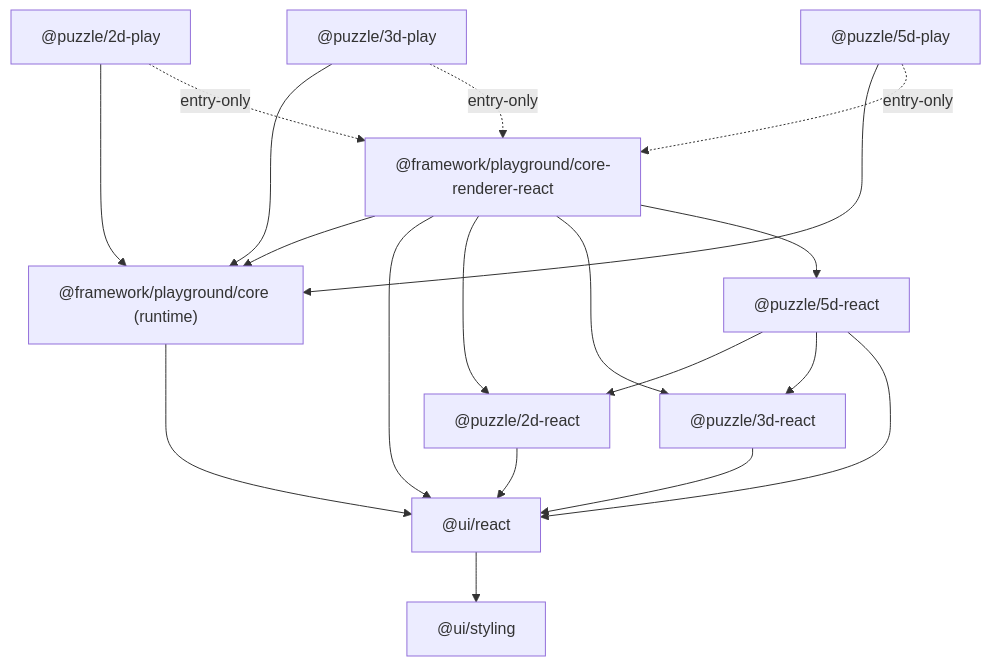
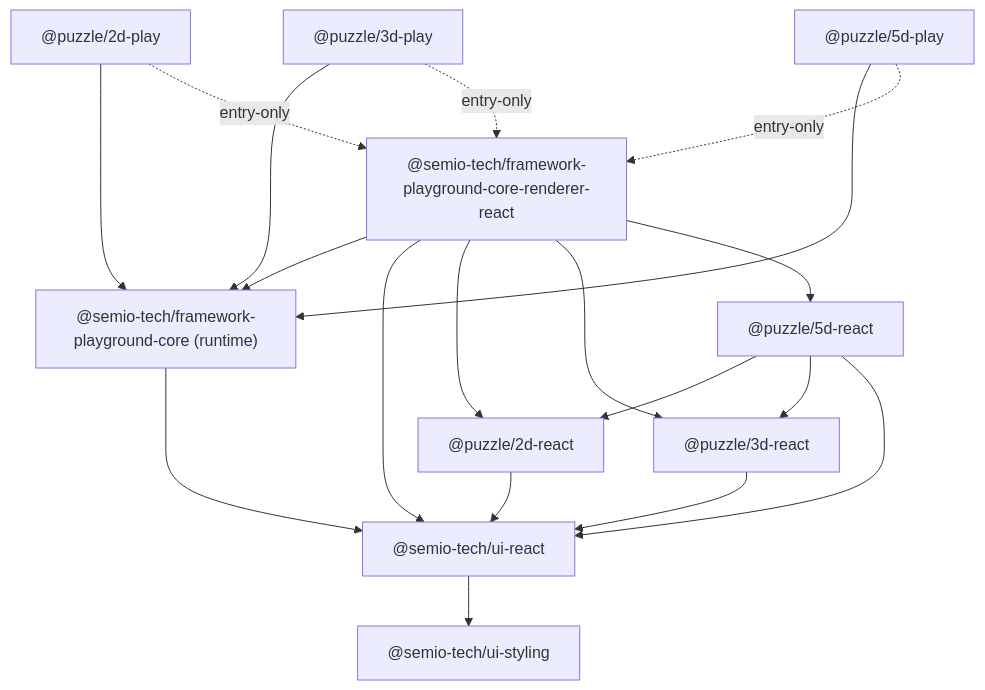
One commit to usalu/semio changed the diagram in .cursor/plans/puzzle_playground_relayer_5d67554e.plan.md. Above: the diagram before and after it, drawn with Mermaid. The commit also changed other lines of this file and 1282 other files, not shown here.

````diff
--- a/.cursor/plans/puzzle_playground_relayer_5d67554e.plan.md
+++ b/.cursor/plans/puzzle_playground_relayer_5d67554e.plan.md
@@ -36,32 +36,32 @@
 ```mermaid
 flowchart TB
-  styling["@ui/styling"]
-  uireact["@ui/react"]
-  pg["@framework/playground/core (runtime)"]
-  pgr["@framework/playground/core-renderer-react"]
+  styling["@semio-tech/ui-styling"]
+  uireact["@semio-tech/ui-react"]
+  pg["@semio-tech/framework-playground-core (runtime)"]
+  pgr["@semio-tech/framework-playground-core-renderer-react"]
   r2["@puzzle/2d-react"]
   r3["@puzzle/3d-react"]
   r5["@puzzle/5d-react"]
   p2["@puzzle/2d-play"]
   p3["@puzzle/3d-play"]
   p5["@puzzle/5d-play"]
 
   uireact --> styling
   r2 --> uireact
   r3 --> uireact
   r5 --> r2
   r5 --> r3
   r5 --> uireact
   pg --> uireact
   pgr --> pg
   pgr --> uireact
   pgr --> r2
   pgr --> r3
   pgr --> r5
   p2 --> pg
   p3 --> pg
   p5 --> pg
   p2 -.entry-only.-> pgr
   p3 -.entry-only.-> pgr
   p5 -.entry-only.-> pgr
 ```
````
